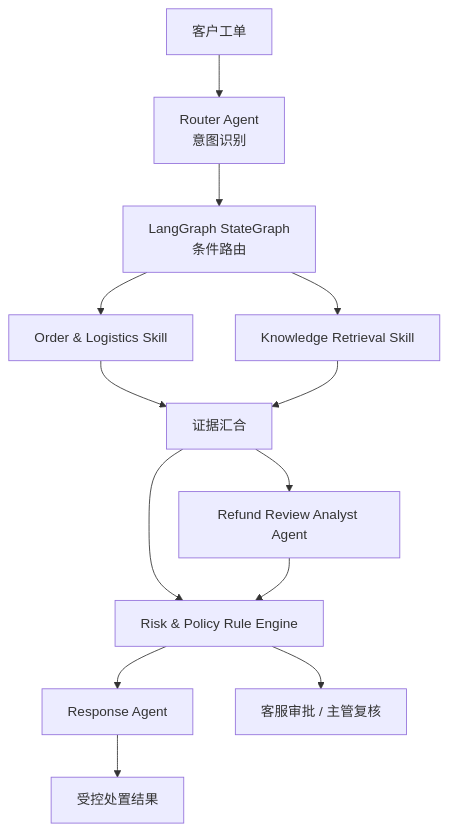
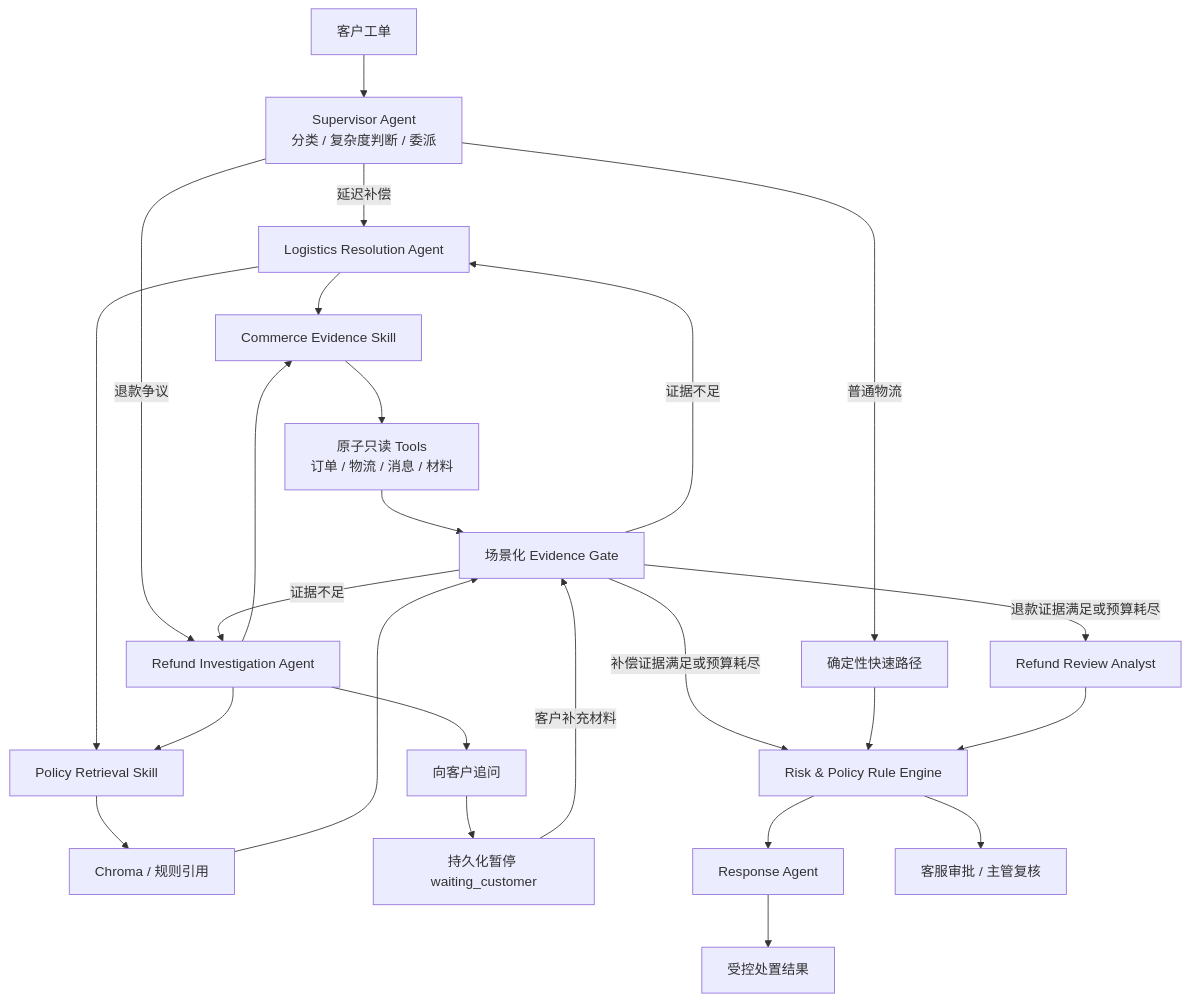
The diagram in README.md (Heaven12499/resolve-flow), drawn with Mermaid before and after one commit. The commit also changed other lines of this file, not shown here.

Commit message:
docs: describe supervised multi-agent architecture

````diff
--- a/README.md
+++ b/README.md
@@ -18,15 +19,27 @@
 ```mermaid
 flowchart TD
-    Ticket[客户工单] --> Router[Router Agent<br/>意图识别]
-    Router --> Graph[LangGraph StateGraph<br/>条件路由]
-    Graph --> Order[Order & Logistics Skill]
-    Graph --> Knowledge[Knowledge Retrieval Skill]
-    Order --> Join[证据汇合]
-    Knowledge --> Join
-    Join --> Analyst[Refund Review Analyst Agent]
-    Join --> Risk[Risk & Policy Rule Engine]
+    Ticket[客户工单] --> Supervisor[Supervisor Agent<br/>分类 / 复杂度判断 / 委派]
+    Supervisor -->|普通物流| Fast[确定性快速路径]
+    Supervisor -->|延迟补偿| Logistics[Logistics Resolution Agent]
+    Supervisor -->|退款争议| Refund[Refund Investigation Agent]
+    Logistics --> Commerce[Commerce Evidence Skill]
+    Logistics --> Policy[Policy Retrieval Skill]
+    Refund --> Commerce
+    Refund --> Policy
+    Commerce --> Tools[原子只读 Tools<br/>订单 / 物流 / 消息 / 材料]
+    Policy --> Vector[Chroma / 规则引用]
+    Tools --> Gate[场景化 Evidence Gate]
+    Vector --> Gate
+    Gate -->|证据不足| Logistics
+    Gate -->|证据不足| Refund
+    Refund --> Ask[向客户追问]
+    Ask --> Wait[持久化暂停 waiting_customer]
+    Wait -->|客户补充材料| Gate
+    Gate -->|退款证据满足或预算耗尽| Analyst[Refund Review Analyst]
+    Gate -->|补偿证据满足或预算耗尽| Risk[Risk & Policy Rule Engine]
+    Fast --> Risk
     Analyst --> Risk
     Risk --> Reply[Response Agent]
     Risk --> Approval[客服审批 / 主管复核]
     Reply --> Result[受控处置结果]
 ```
````
